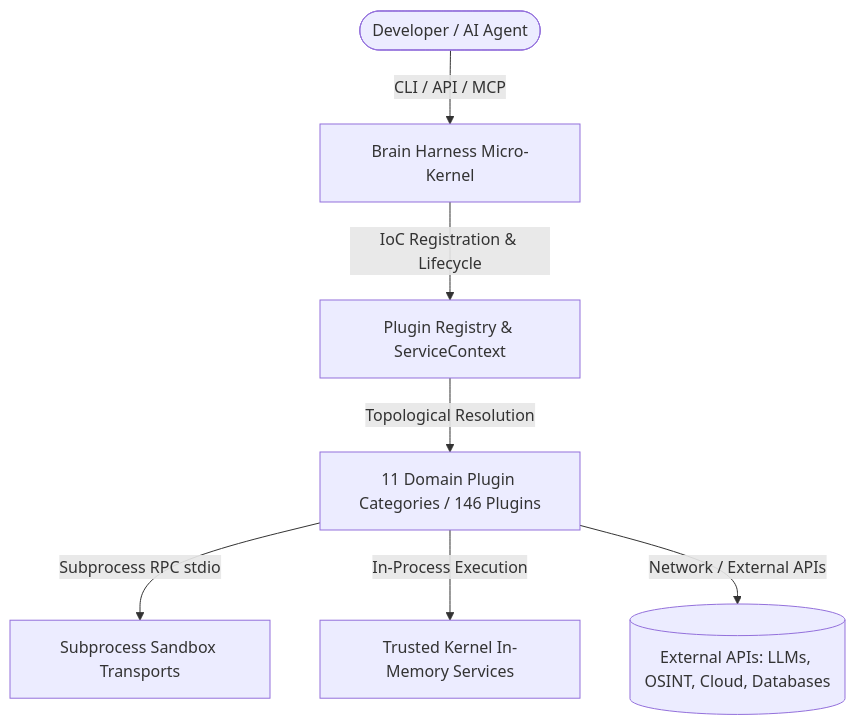
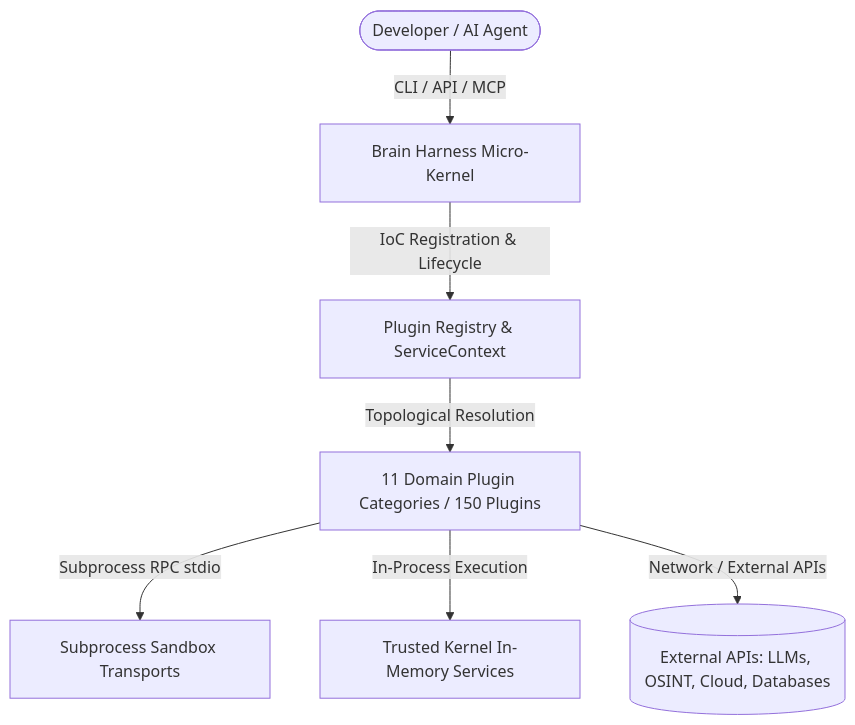
The first of 2 diagrams in plugins/README.md (SpectreDeath/Brain-Harness), drawn with Mermaid before and after one commit. The commit also changed 88 other files, not shown here.

Commit message:
feat(triad): forge ui-behavior, agora-workbench, trustgraph, and graphiti-zep skills, services, plugins & KIs

````diff
--- a/plugins/README.md
+++ b/plugins/README.md
@@ -11,9 +11,9 @@
 ```mermaid
 flowchart TD
     User([Developer / AI Agent]) -->|CLI / API / MCP| Kernel[Brain Harness Micro-Kernel]
     Kernel -->|IoC Registration & Lifecycle| Registry[Plugin Registry & ServiceContext]
-    Registry -->|Topological Resolution| Plugins[11 Domain Plugin Categories / 146 Plugins]
+    Registry -->|Topological Resolution| Plugins[11 Domain Plugin Categories / 150 Plugins]
     Plugins -->|Subprocess RPC stdio| Sandbox[Subprocess Sandbox Transports]
     Plugins -->|In-Process Execution| CoreServices[Trusted Kernel In-Memory Services]
     Plugins -->|Network / External APIs| External[(External APIs: LLMs, OSINT, Cloud, Databases)]
 ```
````
